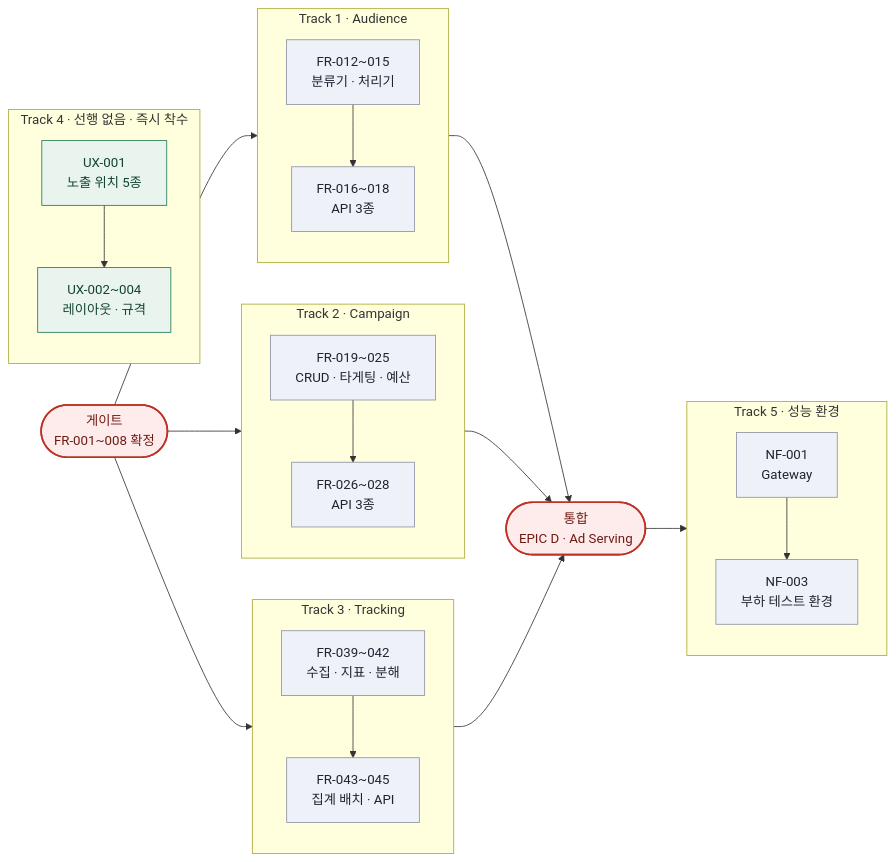
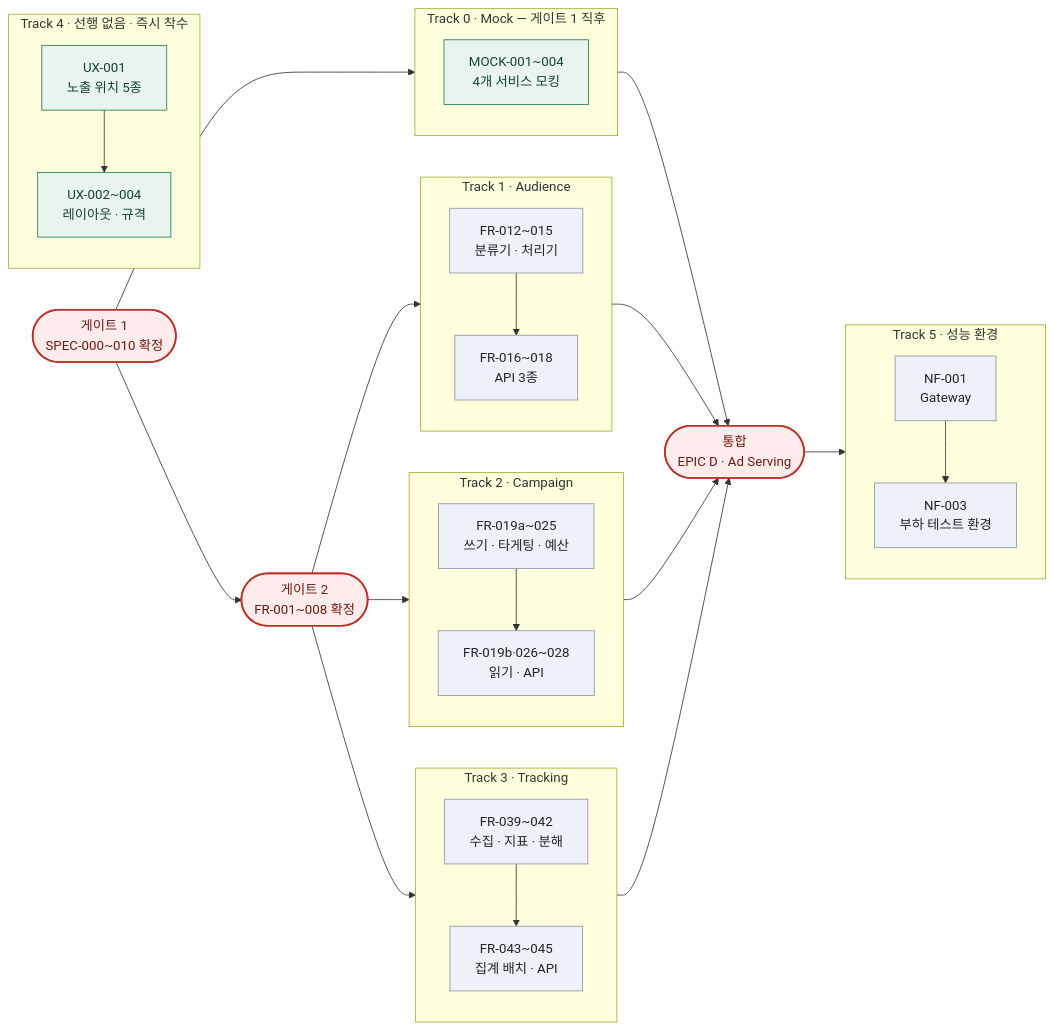
One commit to STERNYUL/AI_PLACE_MATE changed the third of 6 diagrams in TASKS-adtech-mvp-v1.0.md. Above: the diagram before and after it, drawn with Mermaid. The commit also changed other lines of this file and 10 other files, not shown here.

````diff
--- a/TASKS-adtech-mvp-v1.0.md
+++ b/TASKS-adtech-mvp-v1.0.md
@@ -306,41 +416,49 @@
 ```mermaid
 graph LR
-  GATE(["게이트<br/>FR-001~008 확정"])
+  CT(["게이트 1<br/>SPEC-000~010 확정"])
+  GATE(["게이트 2<br/>FR-001~008 확정"])
 
+  subgraph TM["Track 0 · Mock — 게이트 1 직후"]
+    direction TB
+    tma["MOCK-001~004<br/>4개 서비스 모킹"]
+  end
   subgraph T1["Track 1 · Audience"]
     direction TB
     t1a["FR-012~015<br/>분류기 · 처리기"] --> t1b["FR-016~018<br/>API 3종"]
   end
   subgraph T2["Track 2 · Campaign"]
     direction TB
-    t2a["FR-019~025<br/>CRUD · 타게팅 · 예산"] --> t2b["FR-026~028<br/>API 3종"]
+    t2a["FR-019a~025<br/>쓰기 · 타게팅 · 예산"] --> t2b["FR-019b·026~028<br/>읽기 · API"]
   end
   subgraph T3["Track 3 · Tracking"]
     direction TB
     t3a["FR-039~042<br/>수집 · 지표 · 분해"] --> t3b["FR-043~045<br/>집계 배치 · API"]
   end
   subgraph T5["Track 5 · 성능 환경"]
     direction TB
     t5a["NF-001<br/>Gateway"] --> t5b["NF-003<br/>부하 테스트 환경"]
   end
 
+  CT --> TM
+  CT --> GATE
   GATE --> T1
   GATE --> T2
   GATE --> T3
+  TM --> MERGE
   T1 --> MERGE
   T2 --> MERGE
   T3 --> MERGE
   MERGE(["통합<br/>EPIC D · Ad Serving"]) --> T5
 
   subgraph T4["Track 4 · 선행 없음 · 즉시 착수"]
     direction TB
     t4a["UX-001<br/>노출 위치 5종"] --> t4b["UX-002~004<br/>레이아웃 · 규격"]
   end
 
   classDef gate fill:#fdeceb,stroke:#bc3226,stroke-width:2px,color:#6f1a13
   classDef free fill:#eaf4ee,stroke:#1e7a55,color:#124434
   classDef plain fill:#eef1f8,stroke:#8b93a5,color:#1f2430
-  class GATE,MERGE gate
-  class t4a,t4b free
+  class CT,GATE,MERGE gate
+  class t4a,t4b,tma free
   class t1a,t1b,t2a,t2b,t3a,t3b,t5a,t5b plain
 ```
````
